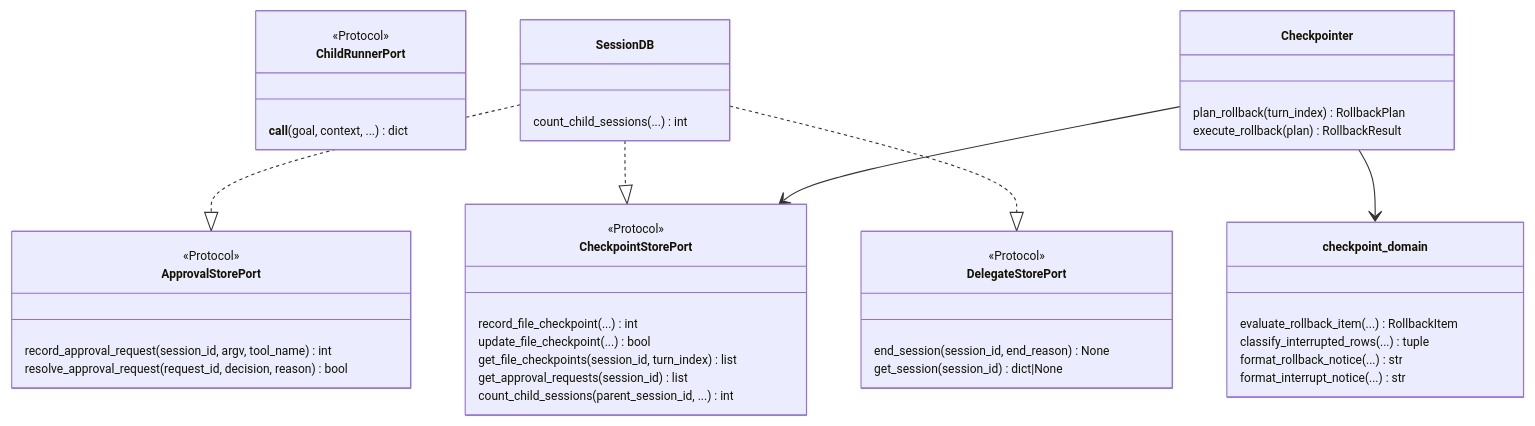
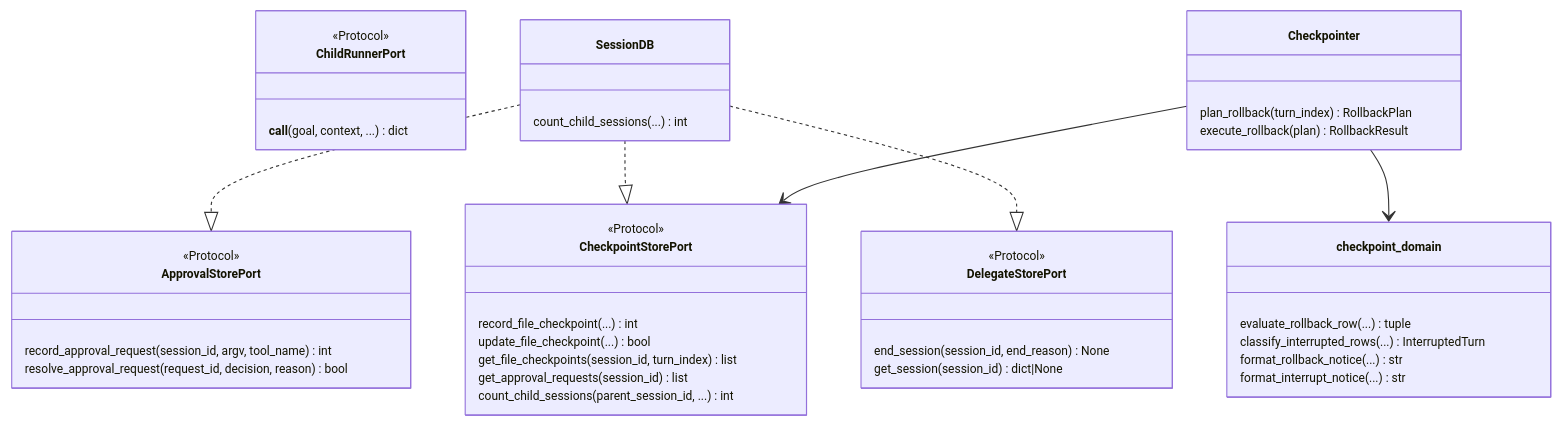
Before and after one commit to RadiantCitron/hermes-agent-study: the third of 5 diagrams in docs/로드맵/20-의존성-역전-도메인-분리-완결-MVP/ROADMAP.md, drawn with Mermaid. The commit also changed other lines of this file and 1 other file, not shown here.

Commit message:
docs(roadmap): R20-PLAN - ROADMAP.md §6·§9 상세 보강 및 지시서 015 작성 (010 Dropped)

````diff
--- a/docs/로드맵/20-의존성-역전-도메인-분리-완결-MVP/ROADMAP.md
+++ b/docs/로드맵/20-의존성-역전-도메인-분리-완결-MVP/ROADMAP.md
@@ -73,44 +73,44 @@
 ```mermaid
 %%{init: {"themeVariables": {"fontSize": "11px"}}}%%
 classDiagram
     class ApprovalStorePort {
       <<Protocol>>
       record_approval_request(session_id, argv, tool_name) int
       resolve_approval_request(request_id, decision, reason) bool
     }
     class CheckpointStorePort {
       <<Protocol>>
       record_file_checkpoint(...) int
       update_file_checkpoint(...) bool
       get_file_checkpoints(session_id, turn_index) list
       get_approval_requests(session_id) list
       count_child_sessions(parent_session_id, ...) int
     }
     class DelegateStorePort {
       <<Protocol>>
       end_session(session_id, end_reason) None
       get_session(session_id) dict|None
     }
     class ChildRunnerPort {
       <<Protocol>>
       __call__(goal, context, ...) dict
     }
     class SessionDB {
       count_child_sessions(...) int
     }
     class Checkpointer {
       plan_rollback(turn_index) RollbackPlan
       execute_rollback(plan) RollbackResult
     }
     class checkpoint_domain {
-      evaluate_rollback_item(...) RollbackItem
-      classify_interrupted_rows(...) tuple
+      evaluate_rollback_row(...) tuple
+      classify_interrupted_rows(...) InterruptedTurn
       format_rollback_notice(...) str
       format_interrupt_notice(...) str
     }
     SessionDB ..|> ApprovalStorePort
     SessionDB ..|> CheckpointStorePort
     SessionDB ..|> DelegateStorePort
     Checkpointer --> CheckpointStorePort
     Checkpointer --> checkpoint_domain
 ```
````
